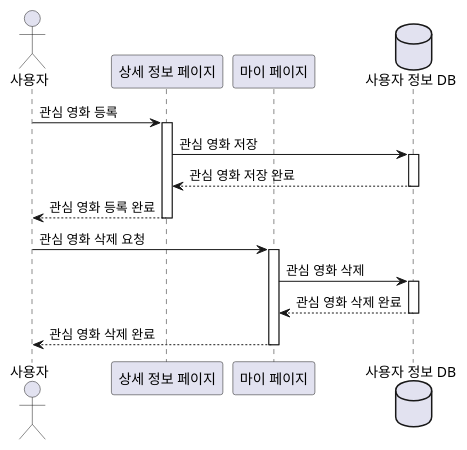
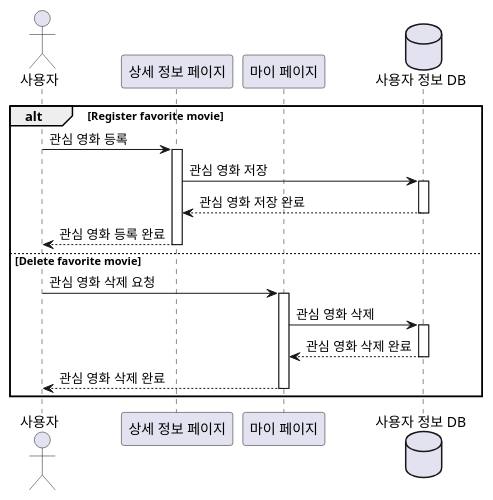
One commit to marmot8080/SWE changed the diagram in src/sequence_favorite.puml. Above: the diagram before and after it, drawn with PlantUML. The commit also changed 1 other file, not shown here.

Commit message:
Add Alternative Fragment to Sequence Diagram

```diff
--- a/src/sequence_favorite.puml
+++ b/src/sequence_favorite.puml
@@ -1,26 +1,31 @@
 @startuml
 
 actor "사용자" as user
 participant "상세 정보 페이지" as detailPage
 participant "마이 페이지" as myPage
 database "사용자 정보 DB" as db
+
+alt Register favorite movie
 
 user -> detailPage : 관심 영화 등록
 activate detailPage
 detailPage -> db : 관심 영화 저장
 activate db
 db --> detailPage : 관심 영화 저장 완료
 deactivate db
 detailPage --> user : 관심 영화 등록 완료
 deactivate detailPage
 
+else Delete favorite movie
+
 user -> myPage : 관심 영화 삭제 요청
 activate myPage
 myPage -> db : 관심 영화 삭제
 activate db
 db --> myPage : 관심 영화 삭제 완료
 deactivate db
 myPage --> user : 관심 영화 삭제 완료
 deactivate myPage
 
+end
 @enduml
```
